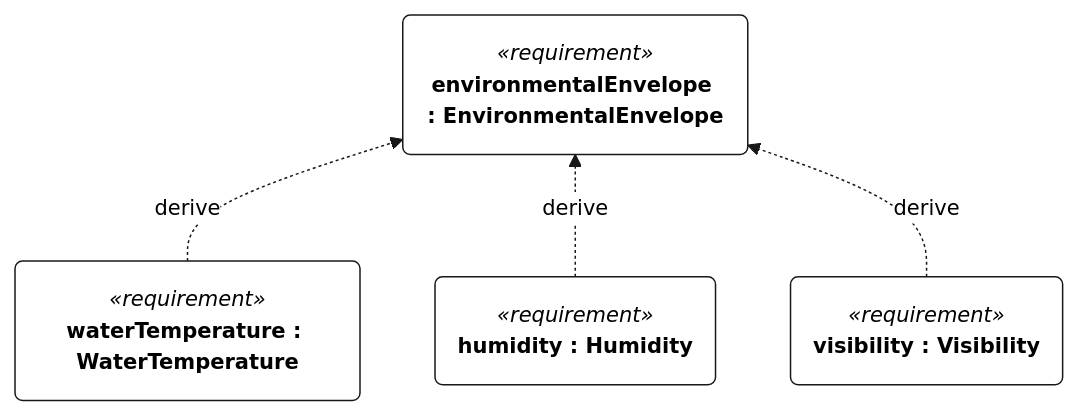
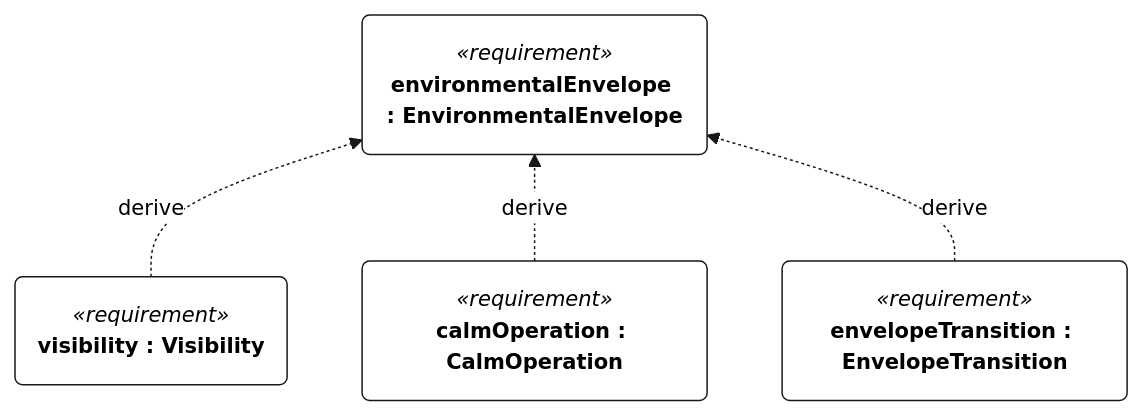
Before and after one commit to DavidIngraham/sv-blue-dog: the second of 2 diagrams in docs/figures/requirements-n-001.md, drawn with Mermaid. The commit also changed other lines of this file and 130 other files, not shown here.

````diff
--- a/docs/figures/requirements-n-001.md
+++ b/docs/figures/requirements-n-001.md
@@ -75,43 +71,43 @@
 ```mermaid
 ---
 config:
   fontFamily: "Helvetica, Arial, sans-serif"
   theme: base
   themeCSS: ".edgeLabel rect { opacity: 1 !important; } .cluster-label .nodeLabel { text-align: center; }"
   themeVariables:
     fontFamily: "Helvetica, Arial, sans-serif"
     fontSize: "14px"
     primaryColor: "#FFFFFF"
     secondaryColor: "#FFFFFF"
     tertiaryColor: "#FFFFFF"
     background: "#FFFFFF"
     primaryBorderColor: "#181818"
     primaryTextColor: "#000000"
     lineColor: "#181818"
     textColor: "#000000"
     noteBkgColor: "#FEFFDD"
     noteBorderColor: "#181818"
     noteTextColor: "#000000"
     clusterBkg: "#FFFFFF"
     clusterBorder: "#181818"
     edgeLabelBackground: "#FFFFFF"
 ---
 %% BlueDogViews::environmentalEnvelope2 — requirement rendering (view def GeneralView, filter @RequirementUsage)
-%% not represented: 162 node(s) without a position, left undrawn, and 255 edge(s) at them
+%% not represented: 119 node(s) without a position, left undrawn, and 179 edge(s) at them
 %% layout: n0 x=0 y=0
 %% layout: n1 x=0 y=200
 %% layout: n2 x=300 y=200
 %% layout: n3 x=600 y=200
 flowchart BT
   n0("`*«requirement»*
 **environmentalEnvelope : EnvironmentalEnvelope**`")
   n1("`*«requirement»*
-**waterTemperature : WaterTemperature**`")
+**visibility : Visibility**`")
   n2("`*«requirement»*
-**humidity : Humidity**`")
+**calmOperation : CalmOperation**`")
   n3("`*«requirement»*
-**visibility : Visibility**`")
+**envelopeTransition : EnvelopeTransition**`")
   n1 -.->|"derive"| n0
   n2 -.->|"derive"| n0
   n3 -.->|"derive"| n0
 ```
````
